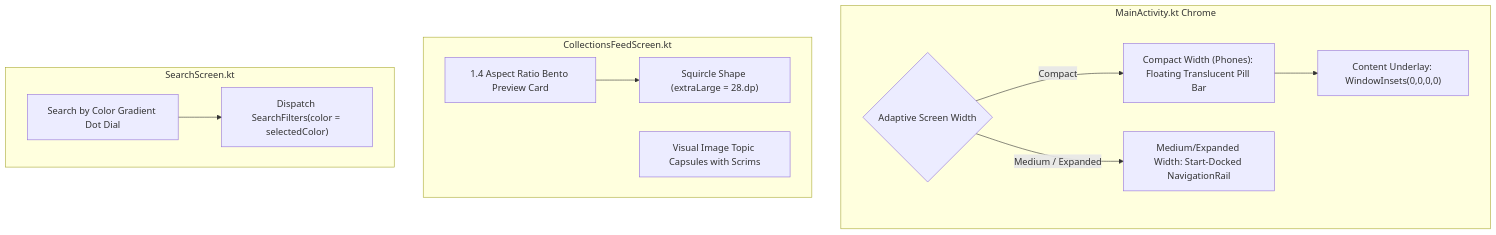
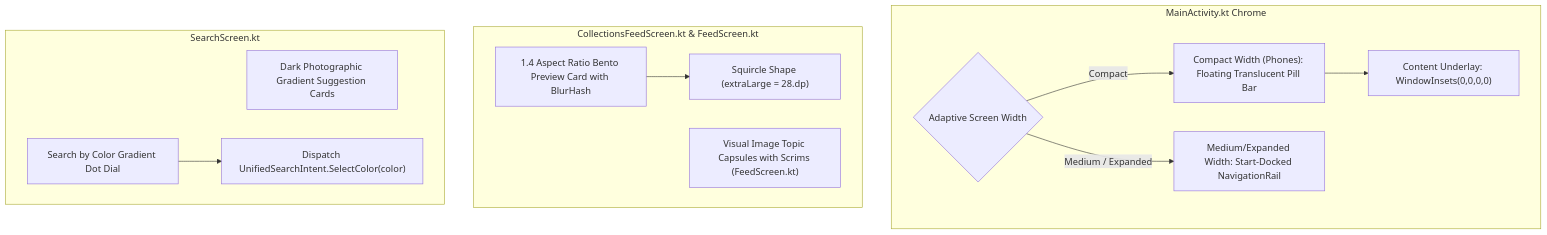
The diagram in specs/55_android_material3_expressive_floating_navigation_and_bento_discovery.md (davidtcdeveloper/image-feed-app), drawn with Mermaid before and after one commit. The commit also changed other lines of this file and 6 other files, not shown here.

````diff
--- a/specs/55_android_material3_expressive_floating_navigation_and_bento_discovery.md
+++ b/specs/55_android_material3_expressive_floating_navigation_and_bento_discovery.md
@@ -28,26 +29,27 @@
 ```mermaid
 graph TD
     subgraph RootNavigation["MainActivity.kt Chrome"]
         CheckWidth{Adaptive Screen Width}
         FloatingPill["Compact Width (Phones): Floating Translucent Pill Bar"]
         NavRail["Medium/Expanded Width: Start-Docked NavigationRail"]
         EdgeToEdge["Content Underlay: WindowInsets(0,0,0,0)"]
     end
 
-    subgraph CollectionsEnhancement["CollectionsFeedScreen.kt"]
-        BentoCard["1.4 Aspect Ratio Bento Preview Card"]
+    subgraph CollectionsAndFeed["CollectionsFeedScreen.kt & FeedScreen.kt"]
+        BentoCard["1.4 Aspect Ratio Bento Preview Card with BlurHash"]
         SquircleCorners["Squircle Shape (extraLarge = 28.dp)"]
-        TopicCapsules["Visual Image Topic Capsules with Scrims"]
+        TopicCapsules["Visual Image Topic Capsules with Scrims (FeedScreen.kt)"]
     end
 
     subgraph SearchEnhancement["SearchScreen.kt"]
+        GradientSuggestions["Dark Photographic Gradient Suggestion Cards"]
         ColorDial["Search by Color Gradient Dot Dial"]
-        QueryDispatch["Dispatch SearchFilters(color = selectedColor)"]
+        QueryDispatch["Dispatch UnifiedSearchIntent.SelectColor(color)"]
     end
 
     CheckWidth -->|Compact| FloatingPill
     CheckWidth -->|Medium / Expanded| NavRail
     FloatingPill --> EdgeToEdge
     BentoCard --> SquircleCorners
     ColorDial --> QueryDispatch
 ```
````
